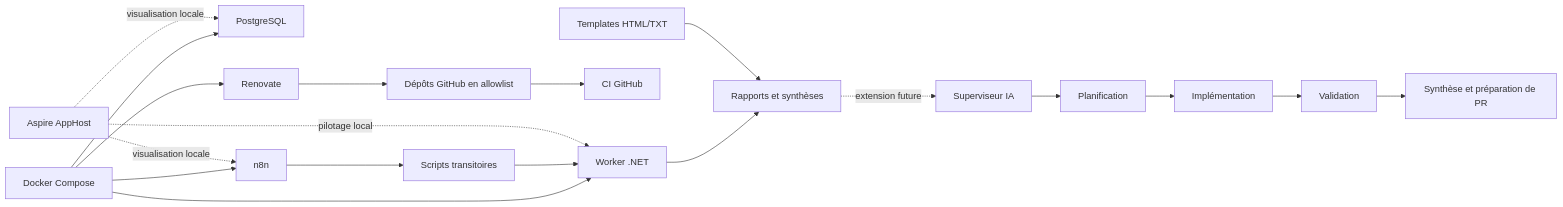
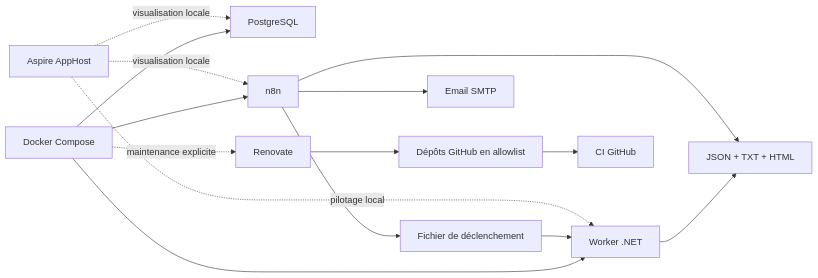
The diagram in docs/architecture.md (arnaud-wissart-lab/repo-ops), drawn with Mermaid before and after one commit. The commit also changed other lines of this file and 26 other files, not shown here.

Commit message:
fix(flow): stabilise le reporting autour du worker

````diff
--- a/docs/architecture.md
+++ b/docs/architecture.md
@@ -136,21 +146,17 @@
 ```mermaid
 flowchart LR
     Compose["Docker Compose"] --> Worker["Worker .NET"]
     Compose --> Postgres["PostgreSQL"]
     Compose --> N8N["n8n"]
-    Compose --> Renovate["Renovate"]
+    Compose -. maintenance explicite .-> Renovate["Renovate"]
+    N8N --> Trigger["Fichier de déclenchement"]
+    Trigger --> Worker
+    Worker --> Reports["JSON + TXT + HTML"]
+    N8N --> Reports
+    N8N --> Mail["Email SMTP"]
     Renovate --> GitHub["Dépôts GitHub en allowlist"]
     GitHub --> CI["CI GitHub"]
-    N8N --> Scripts["Scripts transitoires"]
-    Scripts --> Worker
-    Worker --> Reports["Rapports et synthèses"]
-    Templates["Templates HTML/TXT"] --> Reports
     Aspire["Aspire AppHost"] -. pilotage local .-> Worker
     Aspire -. visualisation locale .-> Postgres
     Aspire -. visualisation locale .-> N8N
-    Reports -. extension future .-> Supervisor["Superviseur IA"]
-    Supervisor --> Planner["Planification"]
-    Planner --> Implementer["Implémentation"]
-    Implementer --> Validation["Validation"]
-    Validation --> Reporter["Synthèse et préparation de PR"]
 ```
````
